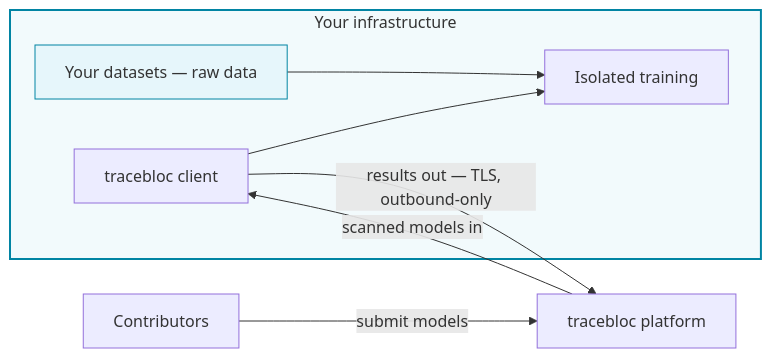
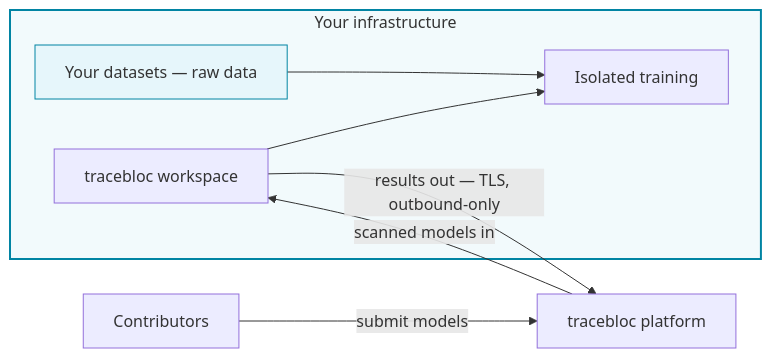
Before and after one commit to tracebloc/docs: the diagram in environment-setup/overview.mdx, drawn with Mermaid. The commit also changed other lines of this file and 9 other files, not shown here.

````diff
--- a/environment-setup/overview.mdx
+++ b/environment-setup/overview.mdx
@@ -10,15 +10,15 @@
 ```mermaid
 flowchart LR
   subgraph YOURS["Your infrastructure"]
     DATA["Your datasets — raw data"]
-    CLIENT["tracebloc client"]
+    CLIENT["tracebloc workspace"]
     TRAIN["Isolated training"]
     DATA --> TRAIN
     CLIENT --> TRAIN
   end
   CONTRIB["Contributors"] -->|submit models| PLATFORM["tracebloc platform"]
   PLATFORM -->|scanned models in| CLIENT
   CLIENT -->|"results out — TLS, outbound-only"| PLATFORM
   style YOURS fill:#f2fafc,stroke:#0184A3,stroke-width:2px
   style DATA fill:#e6f6fb,stroke:#0184A3
 ```
````
